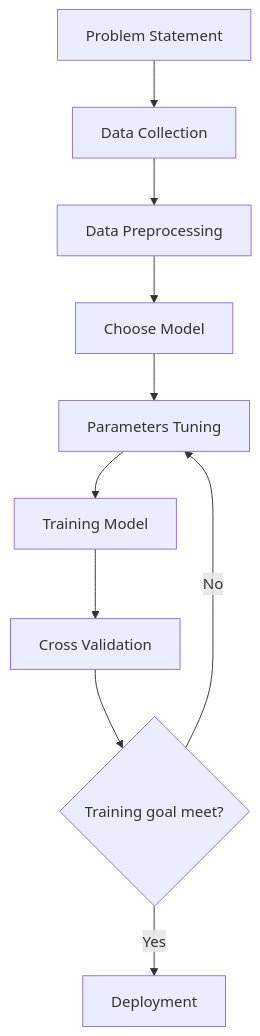
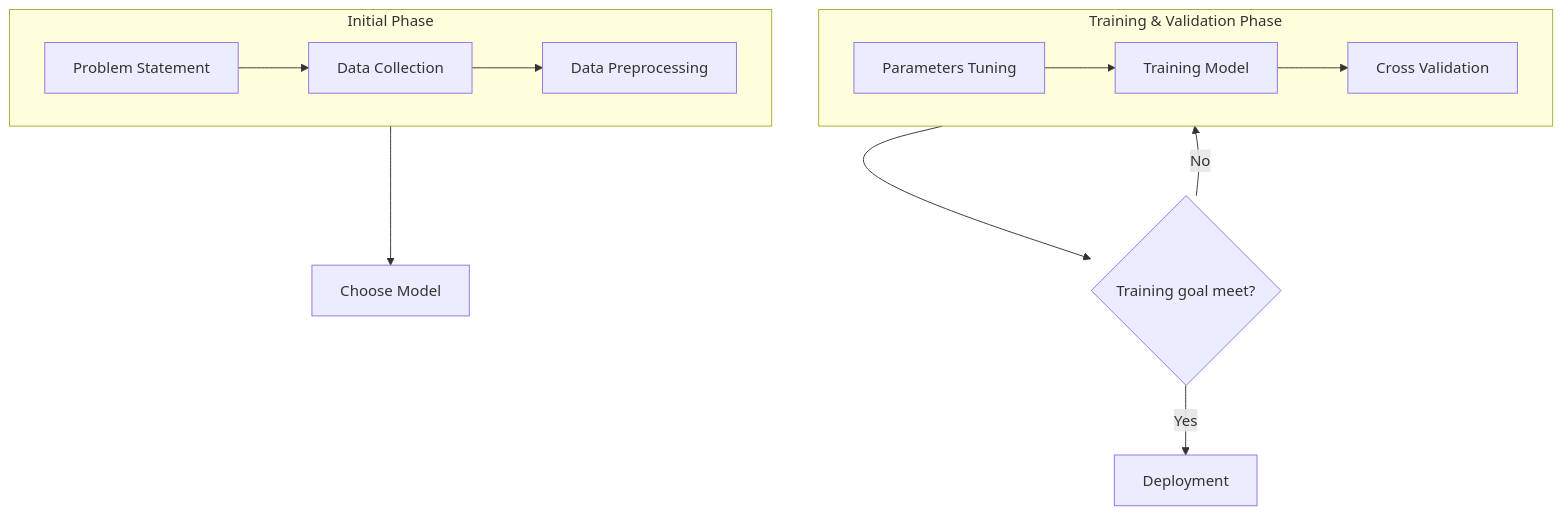
Before and after one commit to Yohansgit/Machine-Learning_Models_Projects: the first of 4 diagrams in flowchart_test-1.md, drawn with Mermaid. The commit also changed other lines of this file, not shown here.

Commit message:
Refactor machine learning workflow diagram with phases

````diff
--- a/flowchart_test-1.md
+++ b/flowchart_test-1.md
@@ -3,12 +3,18 @@
 ```mermaid
 graph TD
-    A[Problem Statement] --> B[Data Collection]
-    B --> C[Data Preprocessing]
-    C --> D[Choose Model]
-    D --> E[Parameters Tuning]
-    E --> F[Training Model]
-    F --> G[Cross Validation]
-    G --> H{Training goal meet?}
-    H -->|No| E
-    H -->|Yes| I[Deployment]
+    subgraph A [Initial Phase]
+        direction LR
+        A1[Problem Statement] --> A2[Data Collection] --> A3[Data Preprocessing]
+    end
+    
+    A3 --> B[Choose Model]
+    
+    subgraph C [Training & Validation Phase]
+        direction LR
+        C1[Parameters Tuning] --> C2[Training Model] --> C3[Cross Validation]
+    end
+    
+    C3 --> D{Training goal meet?}
+    D -->|No| C1
+    D -->|Yes| E[Deployment]
 ```
````
